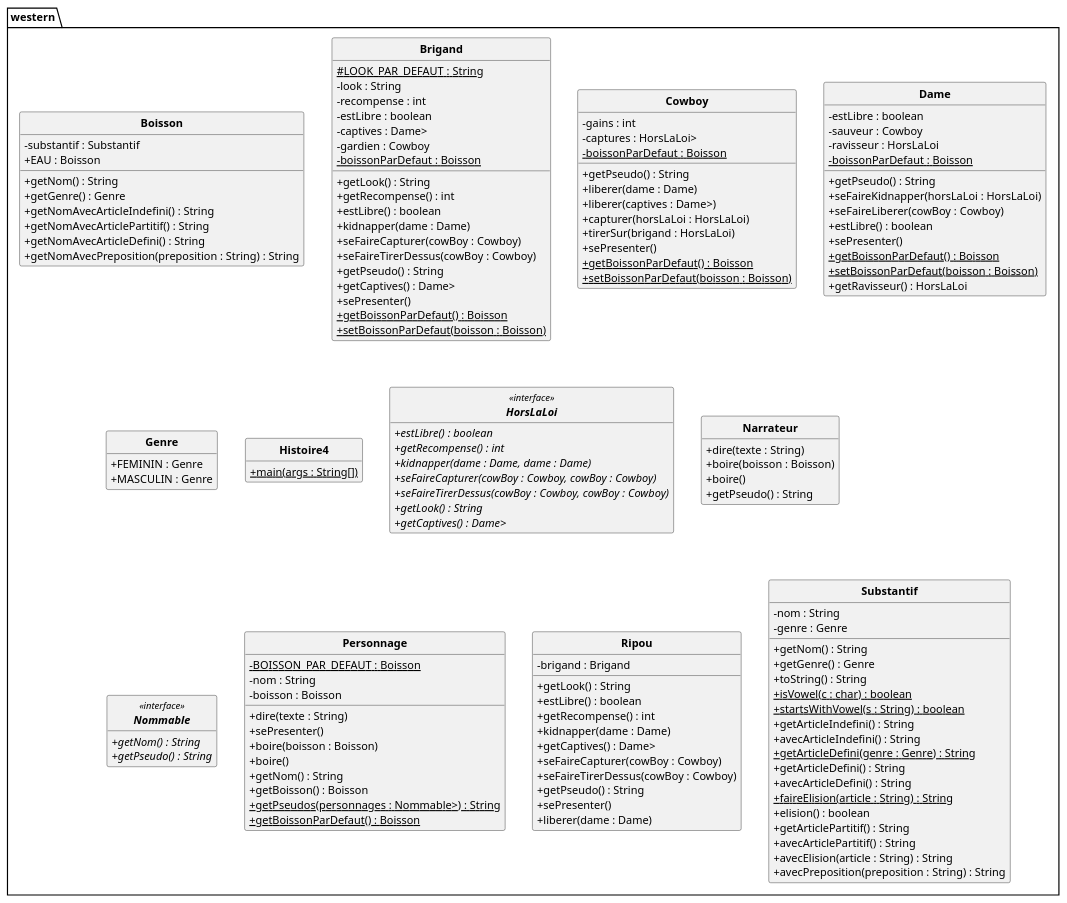
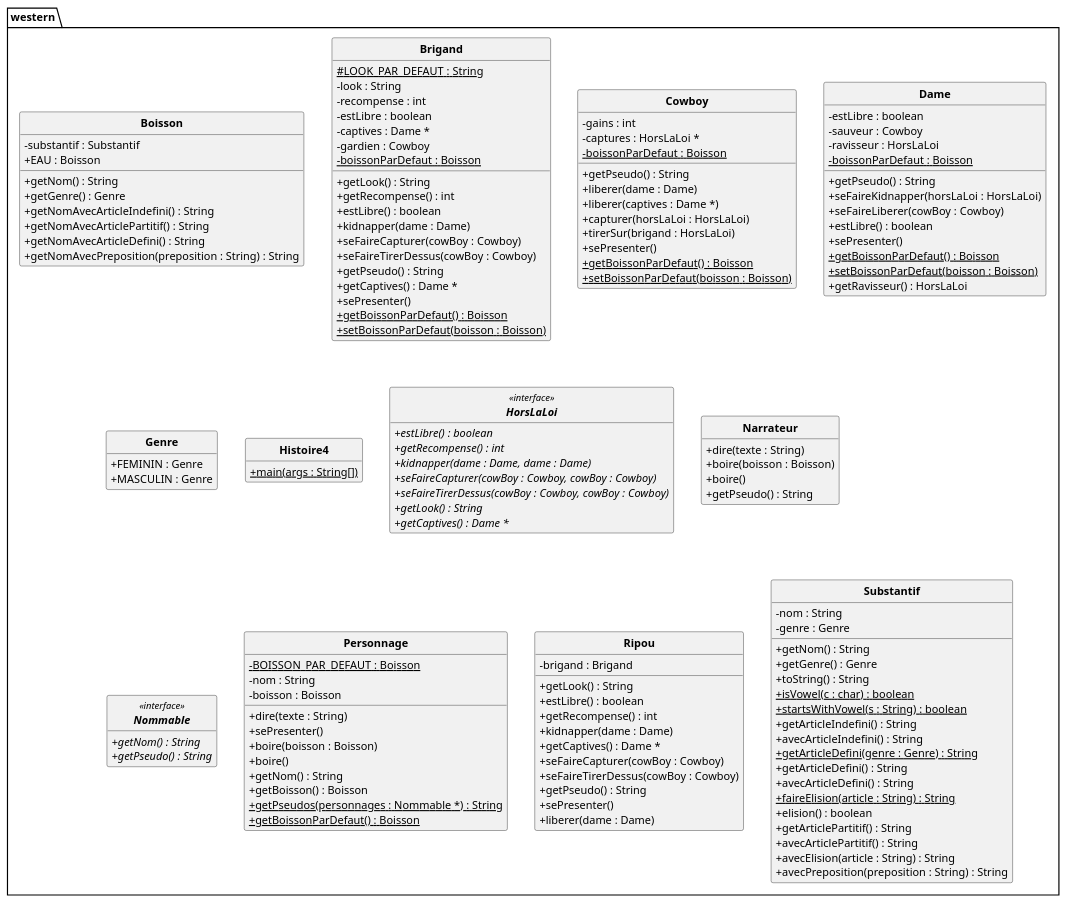
One commit to DimToups/Java-to-PUML-converter changed the diagram in out/production/p21_projet/pumlFromJava/westernClass.puml. Above: the diagram before and after it, drawn with PlantUML. The commit also changed 4 other files, not shown here.

```diff
--- a/out/production/p21_projet/pumlFromJava/westernClass.puml
+++ b/out/production/p21_projet/pumlFromJava/westernClass.puml
@@ -1,153 +1,153 @@
 @startuml
 'https://plantuml.com/class-diagram
 skinparam style strictuml
 skinparam classAttributeIconSize 0
 skinparam classFontStyle Bold
 
 hide empty members
 
 package western{
 class Boisson{
 - substantif : Substantif
 + EAU : Boisson
 + getNom() : String
 + getGenre() : Genre
 + getNomAvecArticleIndefini() : String
 + getNomAvecArticlePartitif() : String
 + getNomAvecArticleDefini() : String
 + getNomAvecPreposition(preposition : String) : String
 }
 
 class Brigand{
 # LOOK_PAR_DEFAUT : String {static}
 - look : String
 - recompense : int
 - estLibre : boolean
-- captives : Dame>
+- captives : Dame *
 - gardien : Cowboy
 - boissonParDefaut : Boisson {static}
 + getLook() : String
 + getRecompense() : int
 + estLibre() : boolean
 + kidnapper(dame : Dame)
 + seFaireCapturer(cowBoy : Cowboy)
 + seFaireTirerDessus(cowBoy : Cowboy)
 + getPseudo() : String
-+ getCaptives() : Dame>
++ getCaptives() : Dame *
 + sePresenter()
 + getBoissonParDefaut() {static} : Boisson
 + setBoissonParDefaut(boisson : Boisson) {static}
 }
 
 class Cowboy{
 - gains : int
-- captures : HorsLaLoi>
+- captures : HorsLaLoi *
 - boissonParDefaut : Boisson {static}
 + getPseudo() : String
 + liberer(dame : Dame)
-+ liberer(captives : Dame>)
++ liberer(captives : Dame *)
 + capturer(horsLaLoi : HorsLaLoi)
 + tirerSur(brigand : HorsLaLoi)
 + sePresenter()
 + getBoissonParDefaut() {static} : Boisson
 + setBoissonParDefaut(boisson : Boisson) {static}
 }
 
 class Dame{
 - estLibre : boolean
 - sauveur : Cowboy
 - ravisseur : HorsLaLoi
 - boissonParDefaut : Boisson {static}
 + getPseudo() : String
 + seFaireKidnapper(horsLaLoi : HorsLaLoi)
 + seFaireLiberer(cowBoy : Cowboy)
 + estLibre() : boolean
 + sePresenter()
 + getBoissonParDefaut() {static} : Boisson
 + setBoissonParDefaut(boisson : Boisson) {static}
 + getRavisseur() : HorsLaLoi
 }
 
 class Genre{
 + FEMININ : Genre
 + MASCULIN : Genre
 }
 
 class Histoire4{
 + main(args : String[]) {static}
 }
 
 interface HorsLaLoi<<interface>>{
 + estLibre() {abstract} : boolean
 + getRecompense() {abstract} : int
 + kidnapper(dame : Dame, dame : Dame) {abstract}
 + seFaireCapturer(cowBoy : Cowboy, cowBoy : Cowboy) {abstract}
 + seFaireTirerDessus(cowBoy : Cowboy, cowBoy : Cowboy) {abstract}
 + getLook() {abstract} : String
-+ getCaptives() {abstract} : Dame>
++ getCaptives() {abstract} : Dame *
 }
 
 class Narrateur{
 + dire(texte : String)
 + boire(boisson : Boisson)
 + boire()
 + getPseudo() : String
 }
 
 interface Nommable<<interface>>{
 + getNom() {abstract} : String
 + getPseudo() {abstract} : String
 }
 
 class Personnage{
 - BOISSON_PAR_DEFAUT : Boisson {static}
 - nom : String
 - boisson : Boisson
 + dire(texte : String)
 + sePresenter()
 + boire(boisson : Boisson)
 + boire()
 + getNom() : String
 + getBoisson() : Boisson
-+ getPseudos(personnages : Nommable>) {static} : String
++ getPseudos(personnages : Nommable *) {static} : String
 + getBoissonParDefaut() {static} : Boisson
 }
 
 class Ripou{
 - brigand : Brigand
 + getLook() : String
 + estLibre() : boolean
 + getRecompense() : int
 + kidnapper(dame : Dame)
-+ getCaptives() : Dame>
++ getCaptives() : Dame *
 + seFaireCapturer(cowBoy : Cowboy)
 + seFaireTirerDessus(cowBoy : Cowboy)
 + getPseudo() : String
 + sePresenter()
 + liberer(dame : Dame)
 }
 
 class Substantif{
 - nom : String
 - genre : Genre
 + getNom() : String
 + getGenre() : Genre
 + toString() : String
 + isVowel(c : char) {static} : boolean
 + startsWithVowel(s : String) {static} : boolean
 + getArticleIndefini() : String
 + avecArticleIndefini() : String
 + getArticleDefini(genre : Genre) {static} : String
 + getArticleDefini() : String
 + avecArticleDefini() : String
 + faireElision(article : String) {static} : String
 + elision() : boolean
 + getArticlePartitif() : String
 + avecArticlePartitif() : String
 + avecElision(article : String) : String
 + avecPreposition(preposition : String) : String
 }
 
 
 }
 @enduml
```
